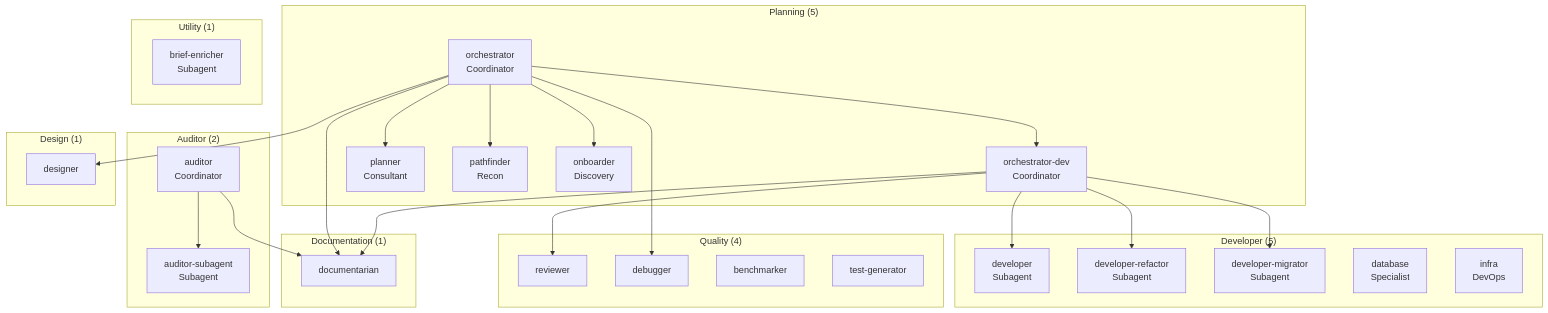
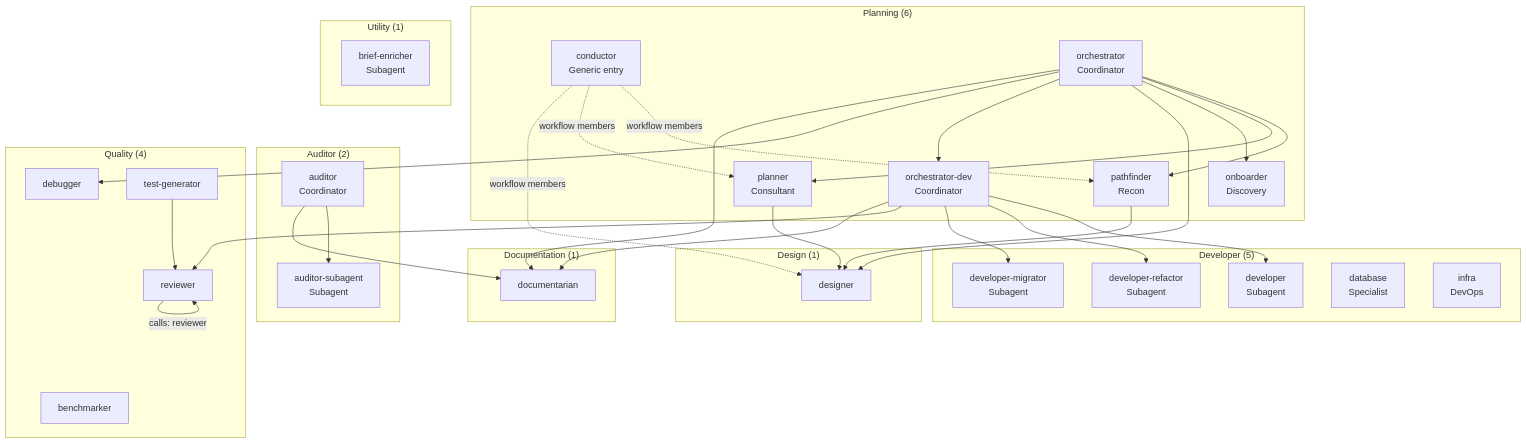
One commit to datichb/openhub changed the diagram in docs/architecture/agents.en.md. Above: the diagram before and after it, drawn with Mermaid. The commit also changed other lines of this file and 11 other files, not shown here.

Commit message:
docs(architecture): vue d'ensemble v5 (workflow → paquet → serveur de groupe → session, démon, proxy, passerelles, monde fermé, ADR 038–048), agents (20, conductor), skills (livraison par le paquet, inventaire refait), délégation, wiki vivant, todo ; lien de langue en ligne 1 (v5 finalisation, DOC2)

````diff
--- a/docs/architecture/agents.en.md
+++ b/docs/architecture/agents.en.md
@@ -11,39 +44,45 @@
 ```mermaid
 flowchart TD
-    subgraph PL ["Planning (5)"]
+    subgraph PL ["Planning (6)"]
+        COND["conductor<br/>Generic entry"]
         ORCH["orchestrator<br/>Coordinator"]
         ORCHDEV["orchestrator-dev<br/>Coordinator"]
         PLAN["planner<br/>Consultant"]
         PATH["pathfinder<br/>Recon"]
         ONB["onboarder<br/>Discovery"]
     end
     subgraph DV ["Developer (5)"]
         DEV["developer<br/>Subagent"]
         DEVR["developer-refactor<br/>Subagent"]
         DEVM["developer-migrator<br/>Subagent"]
         DB["database<br/>Specialist"]
         INFRA["infra<br/>DevOps"]
     end
     subgraph AU ["Auditor (2)"]
         AUD["auditor<br/>Coordinator"]
         AUDS["auditor-subagent<br/>Subagent"]
     end
     subgraph QU ["Quality (4)"]
         REV["reviewer"]
         DBG["debugger"]
         BENCH["benchmarker"]
         TEST["test-generator"]
     end
     subgraph DS ["Design (1)"]
         DES["designer"]
     end
     subgraph DC ["Documentation (1)"]
         DOC["documentarian"]
     end
     subgraph UT ["Utility (1)"]
         BRF["brief-enricher<br/>Subagent"]
     end
+    COND -.->|workflow members| PATH & PLAN & DES
     ORCH --> PATH & PLAN & ONB & DES & ORCHDEV & DBG & DOC
     ORCHDEV --> DEV & DEVR & DEVM & REV & DOC
+    PLAN --> DES
+    PATH --> DES
     AUD --> AUDS & DOC
+    TEST --> REV
+    REV -->|calls: reviewer| REV
 ```
````
